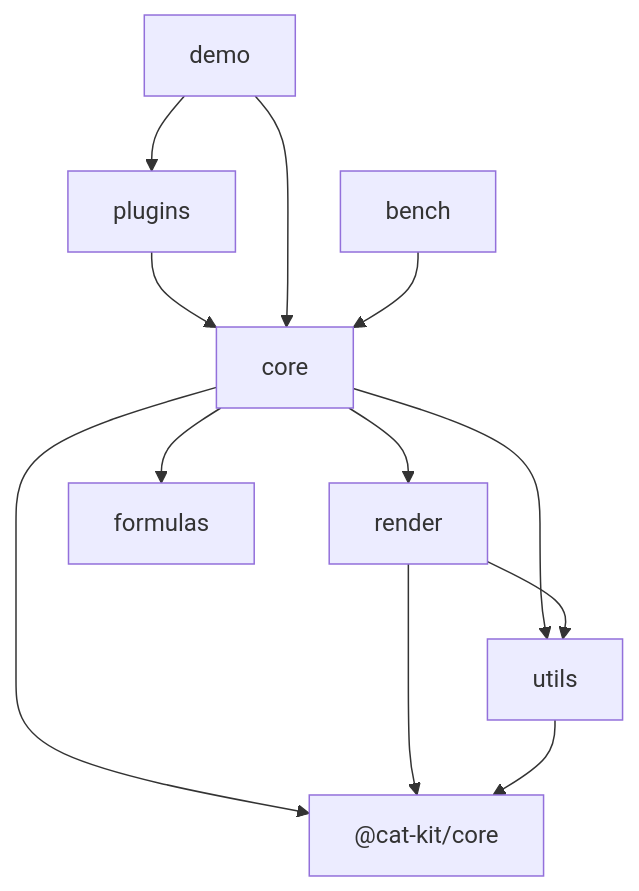
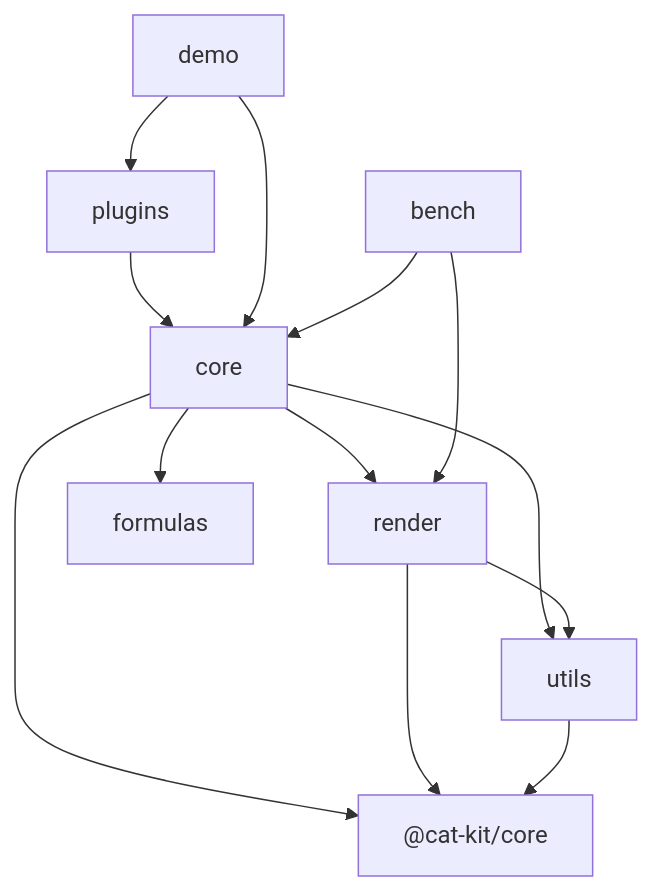
One commit to cabinet-fe/infinite-table changed the diagram in .agents/docs/CODE-MAP.md. Above: the diagram before and after it, drawn with Mermaid. The commit also changed other lines of this file and 30 other files, not shown here.

````diff
--- a/.agents/docs/CODE-MAP.md
+++ b/.agents/docs/CODE-MAP.md
@@ -48,14 +50,15 @@
 ```mermaid
 graph TD
     core --> render
     core --> formulas
     core --> utils
     core --> cat-kit["@cat-kit/core"]
     render --> utils
     render --> cat-kit["@cat-kit/core"]
     plugins --> core
     utils --> cat-kit["@cat-kit/core"]
     demo --> core
     demo --> plugins
     bench --> core
+    bench --> render
 ```
````
